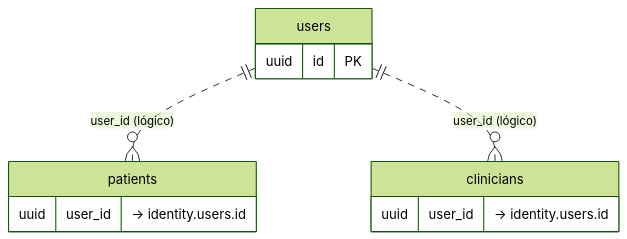
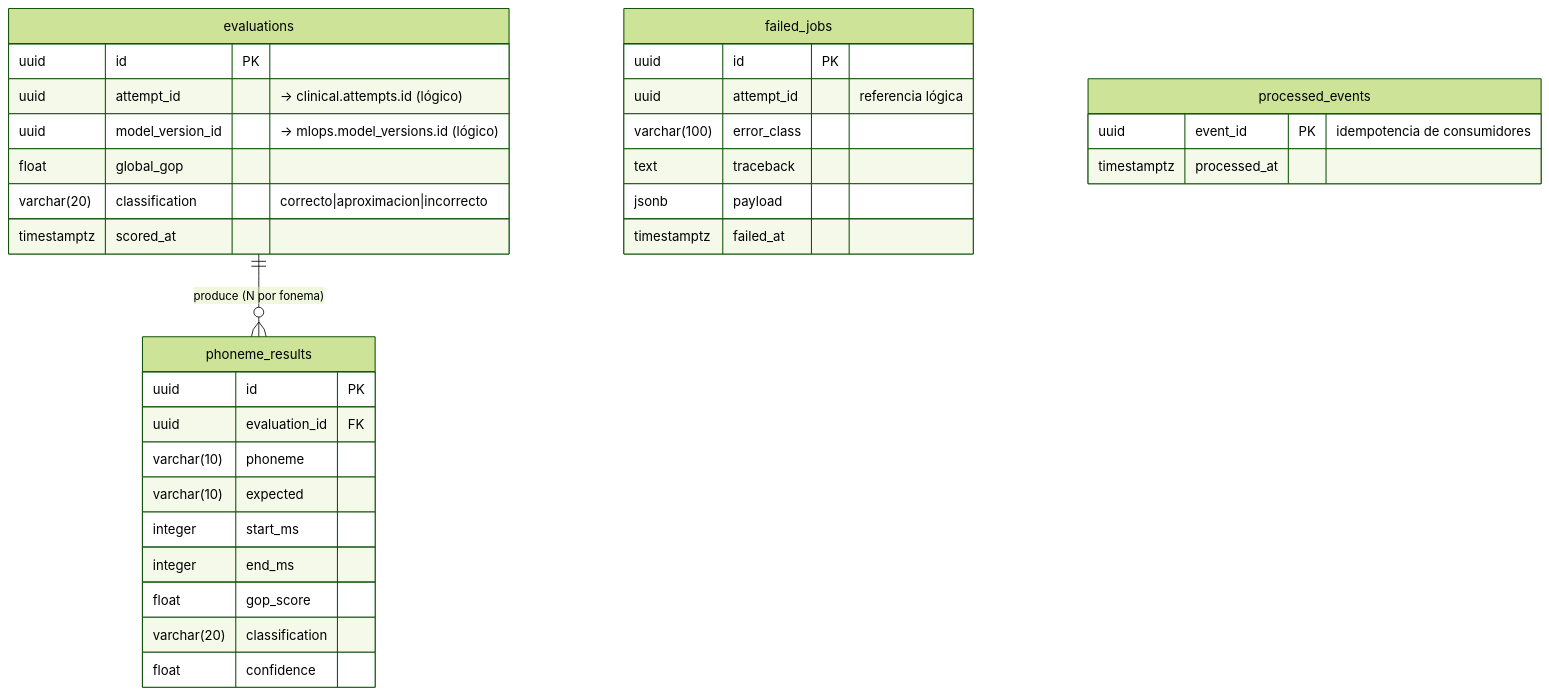
One commit to facupeletay/Fonia_Back changed the fifth of 8 diagrams in docs/Diagrama-BaseDeDatos.md. Above: the diagram before and after it, drawn with Mermaid (forest theme). The commit also changed other lines of this file and 34 other files, not shown here.

````diff
--- a/docs/Diagrama-BaseDeDatos.md
+++ b/docs/Diagrama-BaseDeDatos.md
@@ -184,15 +234,39 @@
 ```mermaid
 erDiagram
-    users ||..o{ patients : "user_id (lógico)"
-    users ||..o{ clinicians : "user_id (lógico)"
+    evaluations {
+        uuid id PK
+        uuid attempt_id "→ clinical.attempts.id (lógico)"
+        uuid model_version_id "→ mlops.model_versions.id (lógico)"
+        float global_gop
+        varchar(20) classification "correcto|aproximacion|incorrecto"
+        timestamptz scored_at
+    }
 
-    users {
+    phoneme_results {
         uuid id PK
+        uuid evaluation_id FK
+        varchar(10) phoneme
+        varchar(10) expected
+        integer start_ms
+        integer end_ms
+        float gop_score
+        varchar(20) classification
+        float confidence
     }
-    patients {
-        uuid user_id "→ identity.users.id"
+
+    failed_jobs {
+        uuid id PK
+        uuid attempt_id "referencia lógica"
+        varchar(100) error_class
+        text traceback
+        jsonb payload
+        timestamptz failed_at
     }
-    clinicians {
-        uuid user_id "→ identity.users.id"
+
+    processed_events {
+        uuid event_id PK "idempotencia de consumidores"
+        timestamptz processed_at
     }
+
+    evaluations ||--o{ phoneme_results : "produce (N por fonema)"
 ```
````
